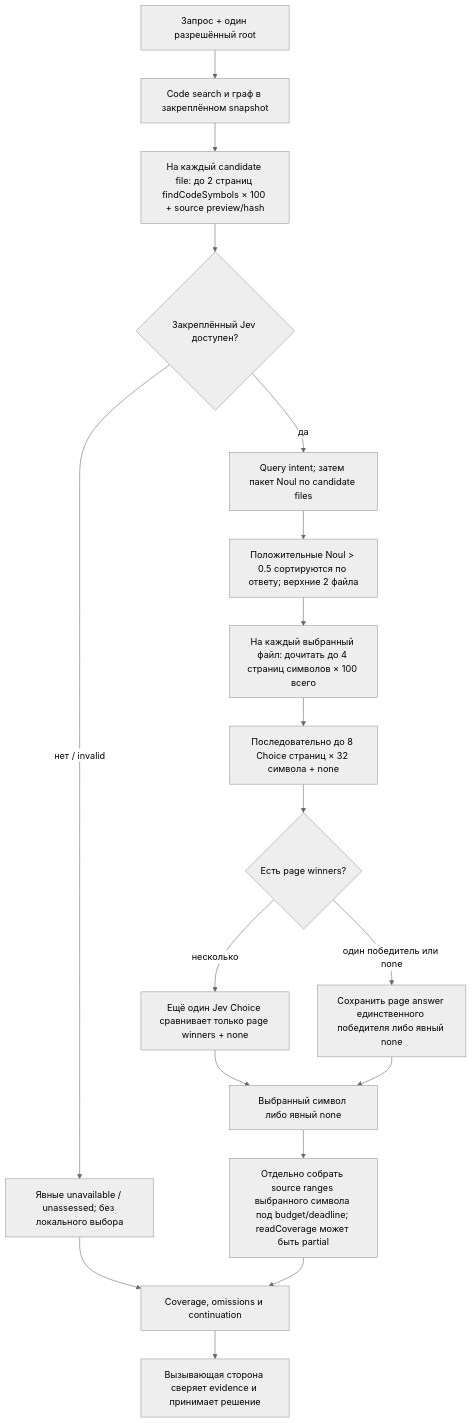
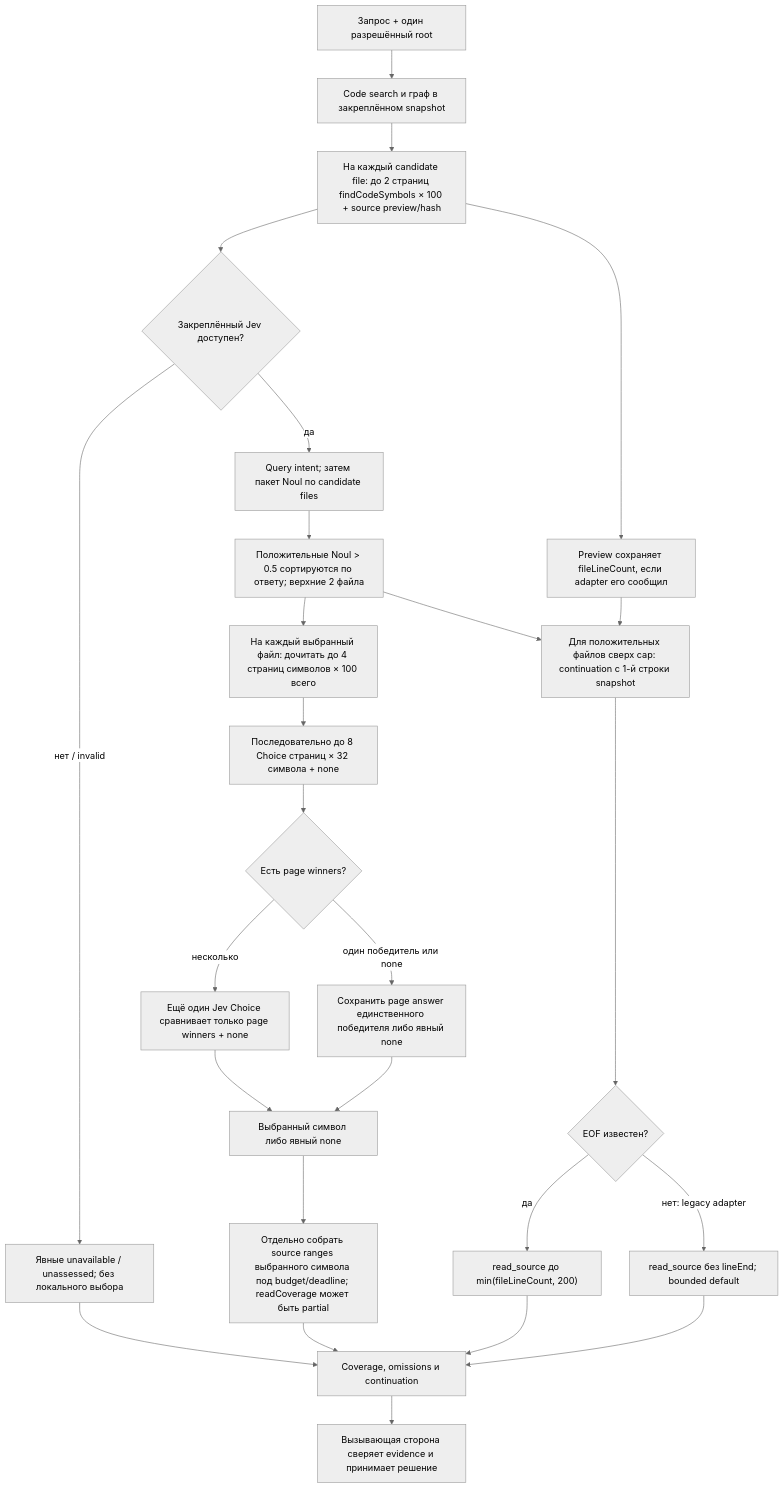
One commit to zoomplus/zorya-search changed the fourth of 4 diagrams in src/context/README.md. Above: the diagram before and after it, drawn with Mermaid (neutral theme). The commit also changed other lines of this file and 6 other files, not shown here.

````diff
--- a/src/context/README.md
+++ b/src/context/README.md
@@ -68,20 +68,28 @@
 ```mermaid
 flowchart TD
  ra["Запрос + один разрешённый root"] --> rb["Code search и граф в закреплённом snapshot"]
  rb --> rc["На каждый candidate file: до 2 страниц findCodeSymbols × 100 + source preview/hash"]
  rc --> rd{"Закреплённый Jev доступен?"}
  rd -->|"нет / invalid"| ru["Явные unavailable / unassessed; без локального выбора"]
  rd -->|"да"| re["Query intent; затем пакет Noul по candidate files"]
  re --> rf["Положительные Noul > 0.5 сортируются по ответу; верхние 2 файла"]
  rf --> rg["На каждый выбранный файл: дочитать до 4 страниц символов × 100 всего"]
  rg --> rh["Последовательно до 8 Choice страниц × 32 символа + none"]
  rh --> ri{"Есть page winners?"}
  ri -->|"несколько"| rj["Ещё один Jev Choice сравнивает только page winners + none"]
  ri -->|"один победитель или none"| rk["Сохранить page answer единственного победителя либо явный none"]
  rj --> rl["Выбранный символ либо явный none"]
  rk --> rl
  rl --> rm["Отдельно собрать source ranges выбранного символа под budget/deadline; readCoverage может быть partial"]
  ru --> rn["Coverage, omissions и continuation"]
  rm --> rn
+ rf --> rca["Для положительных файлов сверх cap: continuation с 1-й строки snapshot"]
+ rc --> rcb["Preview сохраняет fileLineCount, если adapter его сообщил"]
+ rcb --> rca
+ rca --> rcc{"EOF известен?"}
+ rcc -->|"да"| rcd["read_source до min(fileLineCount, 200)"]
+ rcc -->|"нет: legacy adapter"| rce["read_source без lineEnd; bounded default"]
+ rcd --> rn
+ rce --> rn
  rn --> ro["Вызывающая сторона сверяет evidence и принимает решение"]
 ```
````
